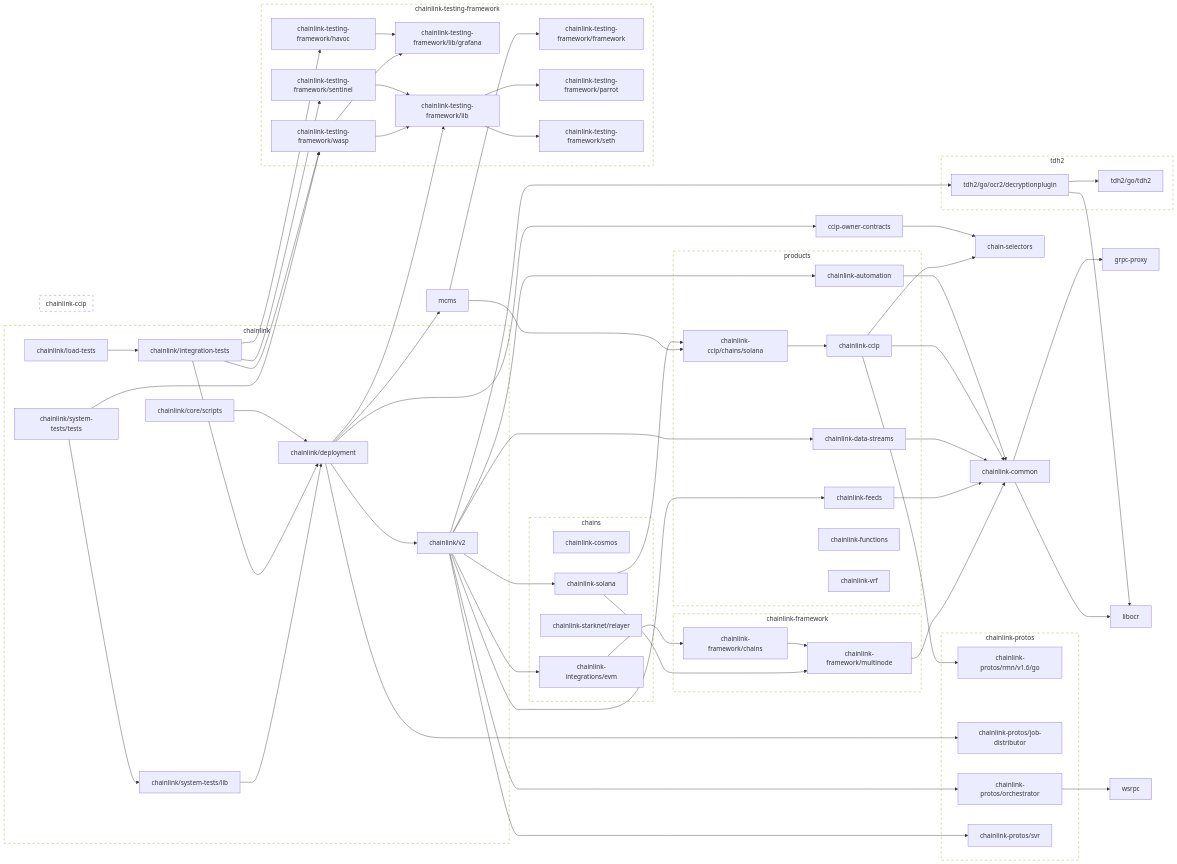
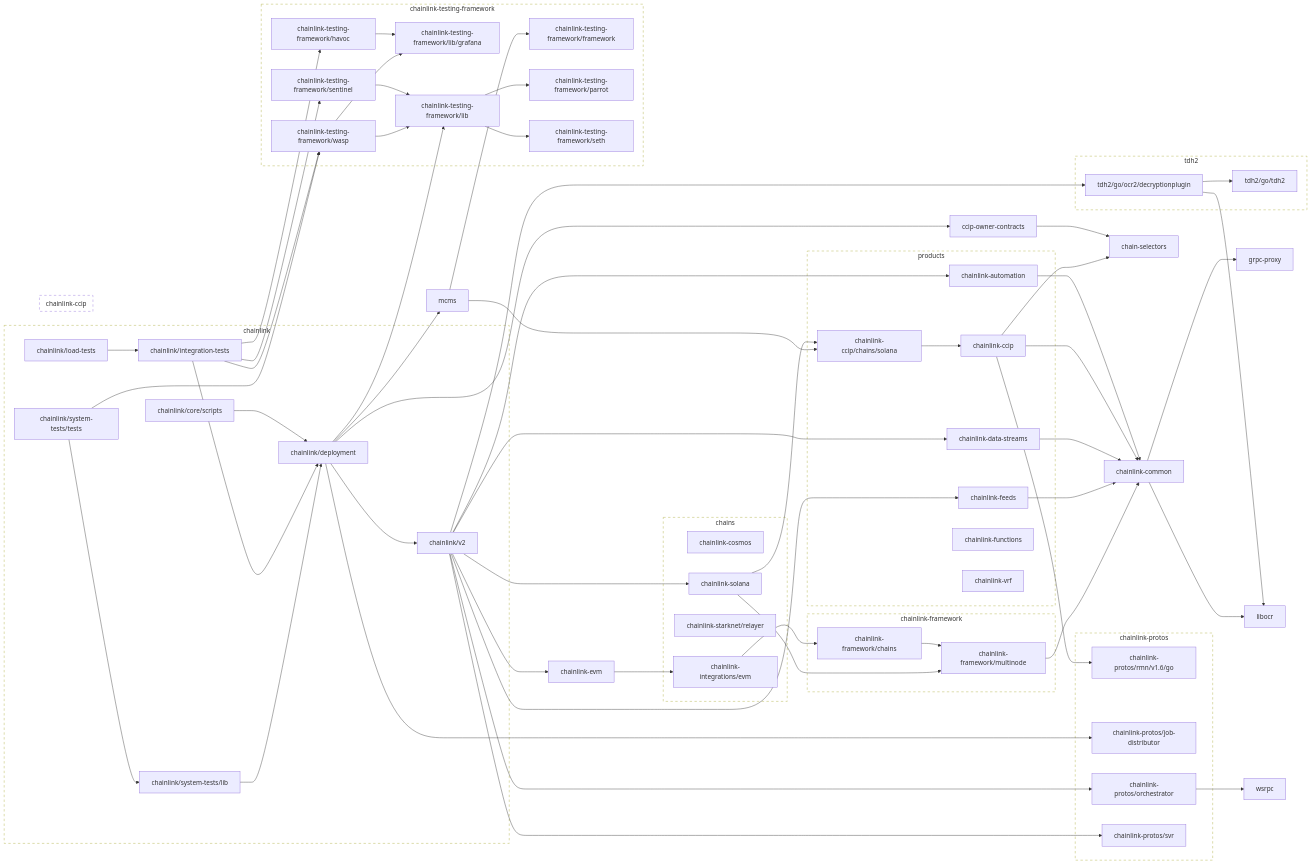
The second of 2 diagrams in go.md (JohnDaWalka/chainlink), drawn with Mermaid before and after one commit. The commit also changed other lines of this file and 859 other files, not shown here.

First line of the commit message:
[CRE-244] Use chainlink-evm gethwrappers. (#16952)

```diff
--- a/go.md
+++ b/go.md
@@ -143,6 +145,8 @@
 	click chainlink-common href "https://github.com/smartcontractkit/chainlink-common"
 	chainlink-data-streams --> chainlink-common
 	click chainlink-data-streams href "https://github.com/smartcontractkit/chainlink-data-streams"
+	chainlink-evm --> chainlink-integrations/evm
+	click chainlink-evm href "https://github.com/smartcontractkit/chainlink-evm"
 	chainlink-feeds --> chainlink-common
 	click chainlink-feeds href "https://github.com/smartcontractkit/chainlink-feeds"
 	chainlink-framework/chains --> chainlink-framework/multinode
@@ -202,8 +206,8 @@
 	click chainlink/system-tests/tests href "https://github.com/smartcontractkit/chainlink"
 	chainlink/v2 --> chainlink-automation
 	chainlink/v2 --> chainlink-data-streams
+	chainlink/v2 --> chainlink-evm
 	chainlink/v2 --> chainlink-feeds
-	chainlink/v2 --> chainlink-integrations/evm
 	chainlink/v2 --> chainlink-protos/orchestrator
 	chainlink/v2 --> chainlink-protos/svr
 	chainlink/v2 --> chainlink-solana
```
